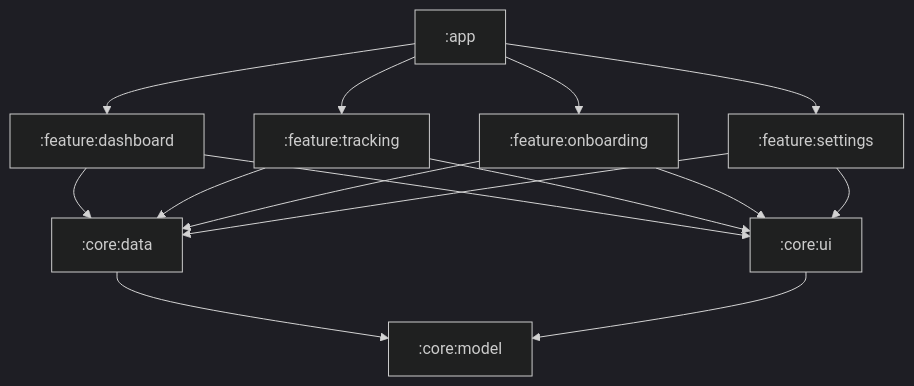
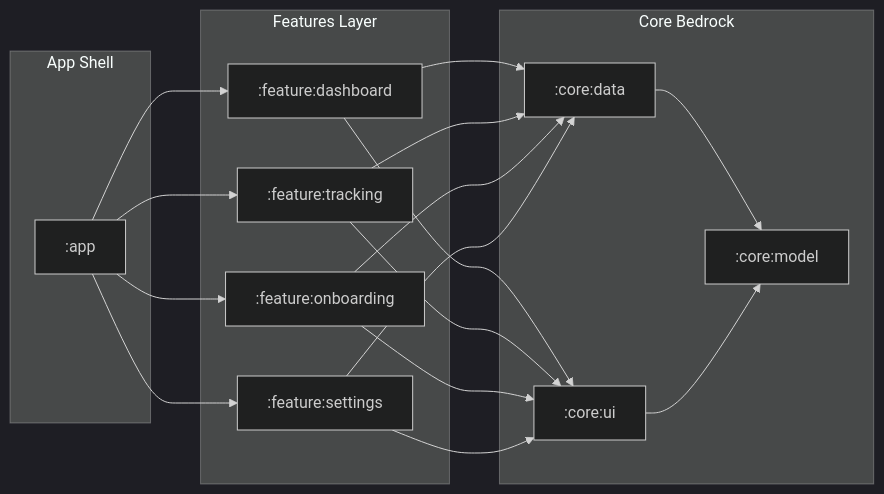
The first of 3 diagrams in README.md (Tenebris03/Helix), drawn with Mermaid (dark theme) before and after one commit.

Commit message:
Switch module diagram to LR layout with subgraphs

````diff
--- a/README.md
+++ b/README.md
@@ -14,17 +14,32 @@
 ```mermaid
-graph TD
-    app[":app"] --> dash[":feature:dashboard"]
-    app --> track[":feature:tracking"]
-    app --> onb[":feature:onboarding"]
-    app --> sett[":feature:settings"]
-    dash --> ui[":core:ui"]
-    dash --> data[":core:data"]
-    track --> ui
-    track --> data
-    onb --> ui
-    onb --> data
-    sett --> ui
-    sett --> data
-    data --> model[":core:model"]
-    ui --> model
+graph LR
+    subgraph App Shell
+        A[:app]
+    end
+
+    subgraph Features Layer
+        B[:feature:dashboard]
+        C[:feature:tracking]
+        D[:feature:onboarding]
+        E[:feature:settings]
+    end
+
+    subgraph Core Bedrock
+        F[:core:data]
+        G[:core:ui]
+        H[:core:model]
+    end
+
+    A --> B
+    A --> C
+    A --> D
+    A --> E
+
+    B --> F & G
+    C --> F & G
+    D --> F & G
+    E --> F & G
+
+    F --> H
+    G --> H
 ```
````
